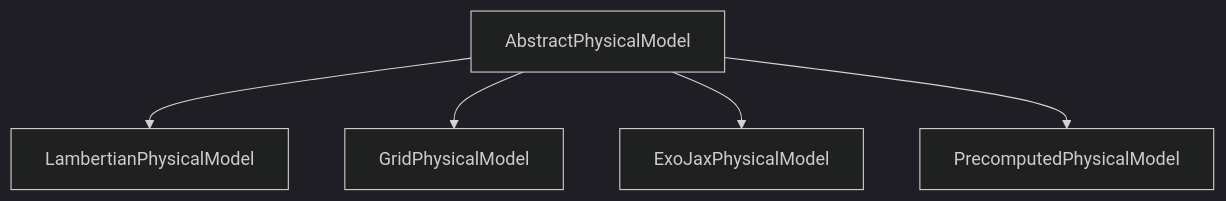
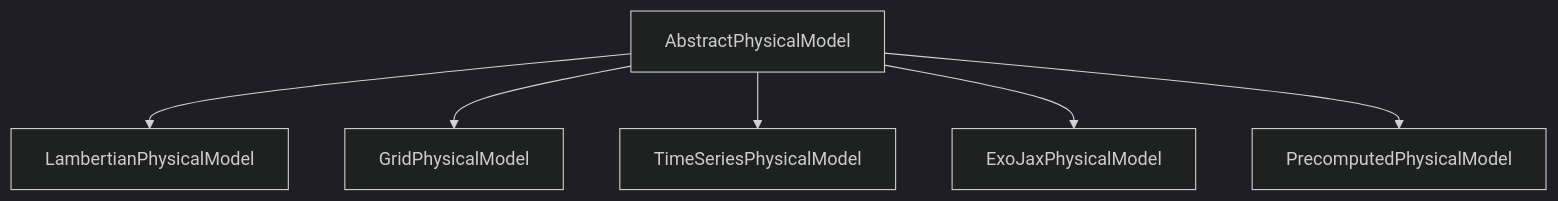
The diagram in docs/explanation/physical_models.md (CoreySpohn/skyscapes), drawn with Mermaid (dark theme) before and after one commit. The commit also changed other lines of this file and 13 other files, not shown here.

First line of the commit message:
feat(io)!: time-series planet contrast, star spot records and ExoVista 2.5+ layouts

````diff
--- a/docs/explanation/physical_models.md
+++ b/docs/explanation/physical_models.md
@@ -13,13 +14,15 @@
 ```mermaid
 flowchart TB
     APM[AbstractPhysicalModel]
     LPM[LambertianPhysicalModel]
     GPM[GridPhysicalModel]
+    TPM[TimeSeriesPhysicalModel]
     EXO[ExoJaxPhysicalModel]
     PPM[PrecomputedPhysicalModel]
 
     APM --> LPM
     APM --> GPM
+    APM --> TPM
     APM --> EXO
     APM --> PPM
 ```
````
